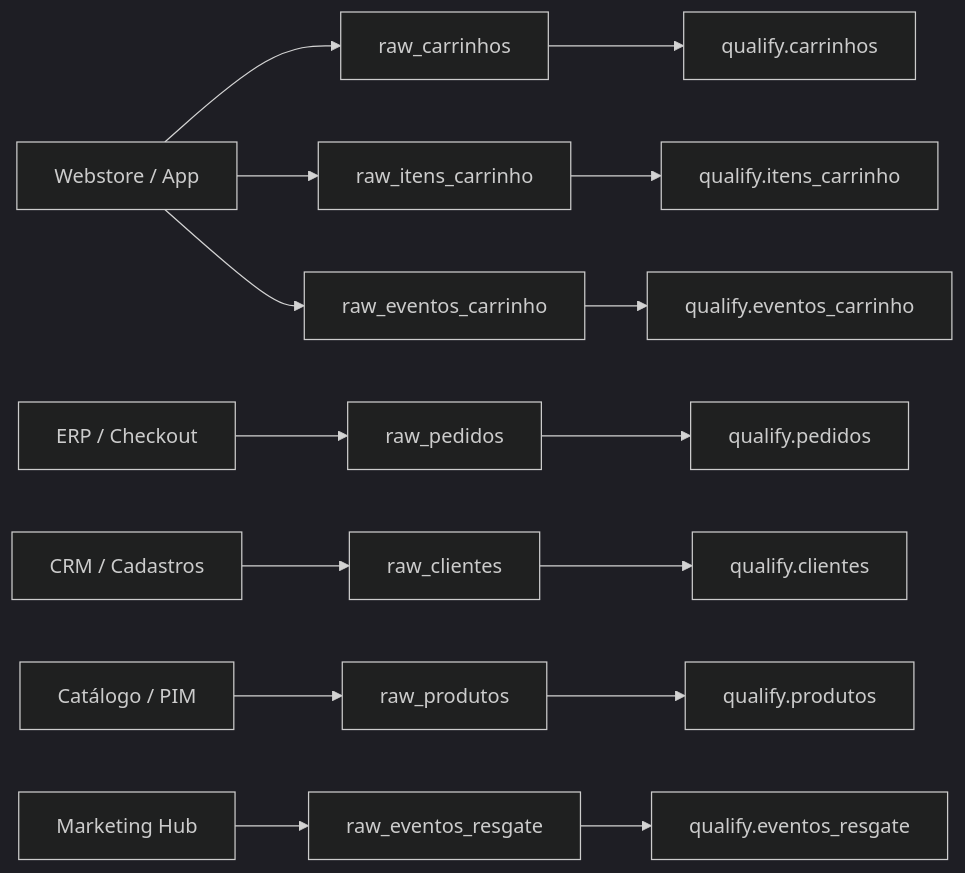
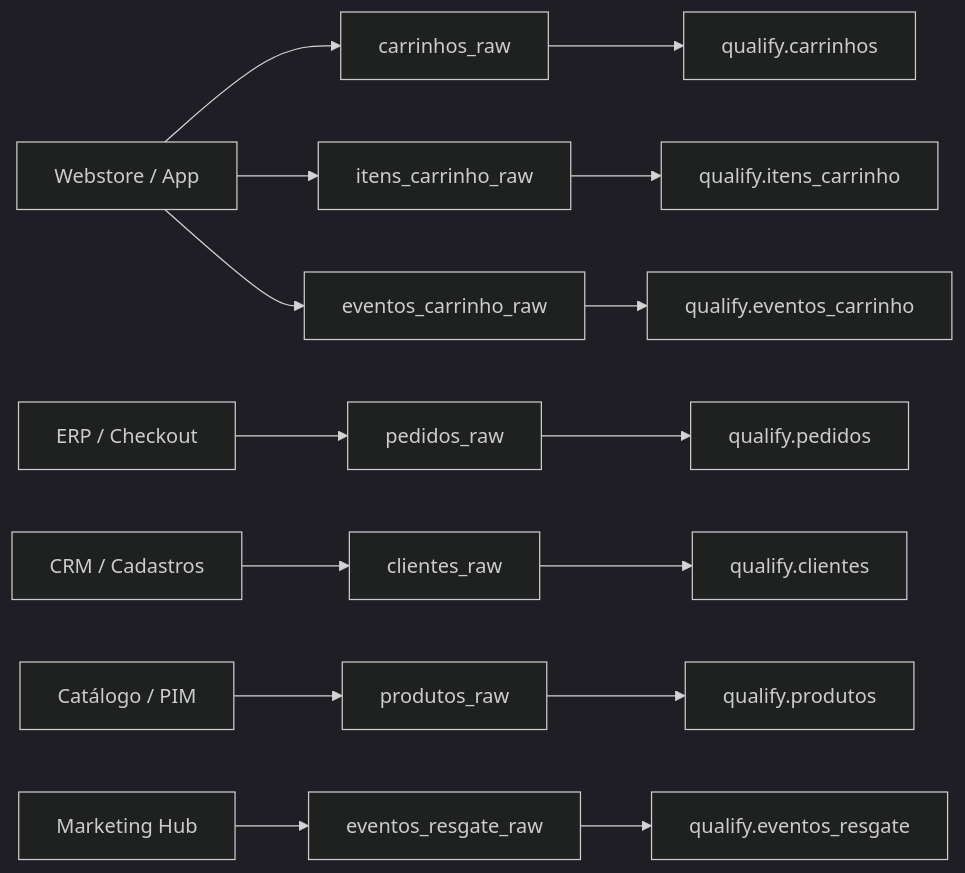
One commit to henriquesati/PEDRO_SALES_DDF_TECH_082026 changed the diagram in pipelines/datalakes/raw/spec.md. Above: the diagram before and after it, drawn with Mermaid (dark theme). The commit also changed other lines of this file and 233 other files, not shown here.

````diff
--- a/pipelines/datalakes/raw/spec.md
+++ b/pipelines/datalakes/raw/spec.md
@@ -75,18 +53,18 @@
 ```mermaid
 flowchart LR
-    S1[Webstore / App] --> R2[raw_carrinhos]
-    S1 --> R3[raw_itens_carrinho]
-    S1 --> R6[raw_eventos_carrinho]
-    S2[ERP / Checkout] --> R1[raw_pedidos]
-    S3[CRM / Cadastros] --> R4[raw_clientes]
-    S4[Catálogo / PIM] --> R5[raw_produtos]
-    S5[Marketing Hub] --> R7[raw_eventos_resgate]
+    S1[Webstore / App] --> R2[carrinhos_raw]
+    S1 --> R3[itens_carrinho_raw]
+    S1 --> R6[eventos_carrinho_raw]
+    S2[ERP / Checkout] --> R1[pedidos_raw]
+    S3[CRM / Cadastros] --> R4[clientes_raw]
+    S4[Catálogo / PIM] --> R5[produtos_raw]
+    S5[Marketing Hub] --> R7[eventos_resgate_raw]
 
     R1 --> Q1[qualify.pedidos]
     R2 --> Q2[qualify.carrinhos]
     R3 --> Q3[qualify.itens_carrinho]
     R4 --> Q4[qualify.clientes]
     R5 --> Q5[qualify.produtos]
     R6 --> Q6[qualify.eventos_carrinho]
     R7 --> Q7[qualify.eventos_resgate]
 ```
````
